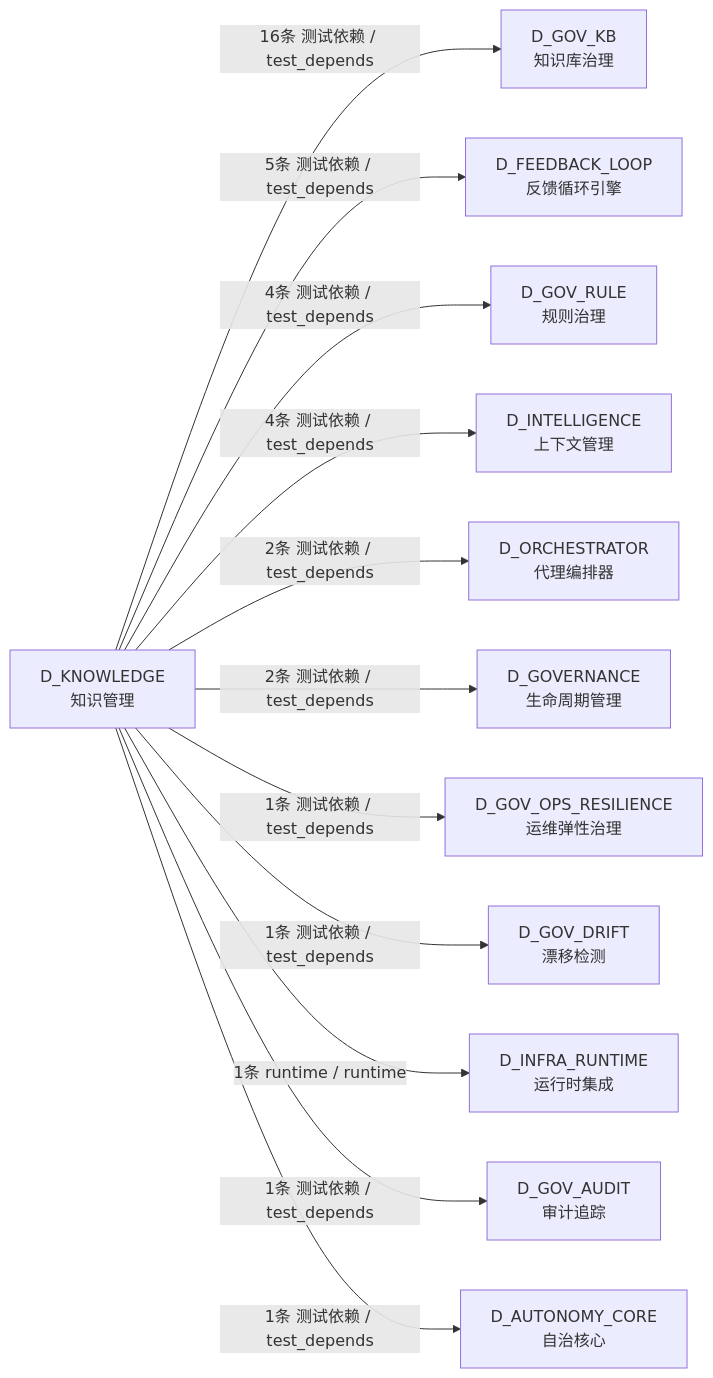
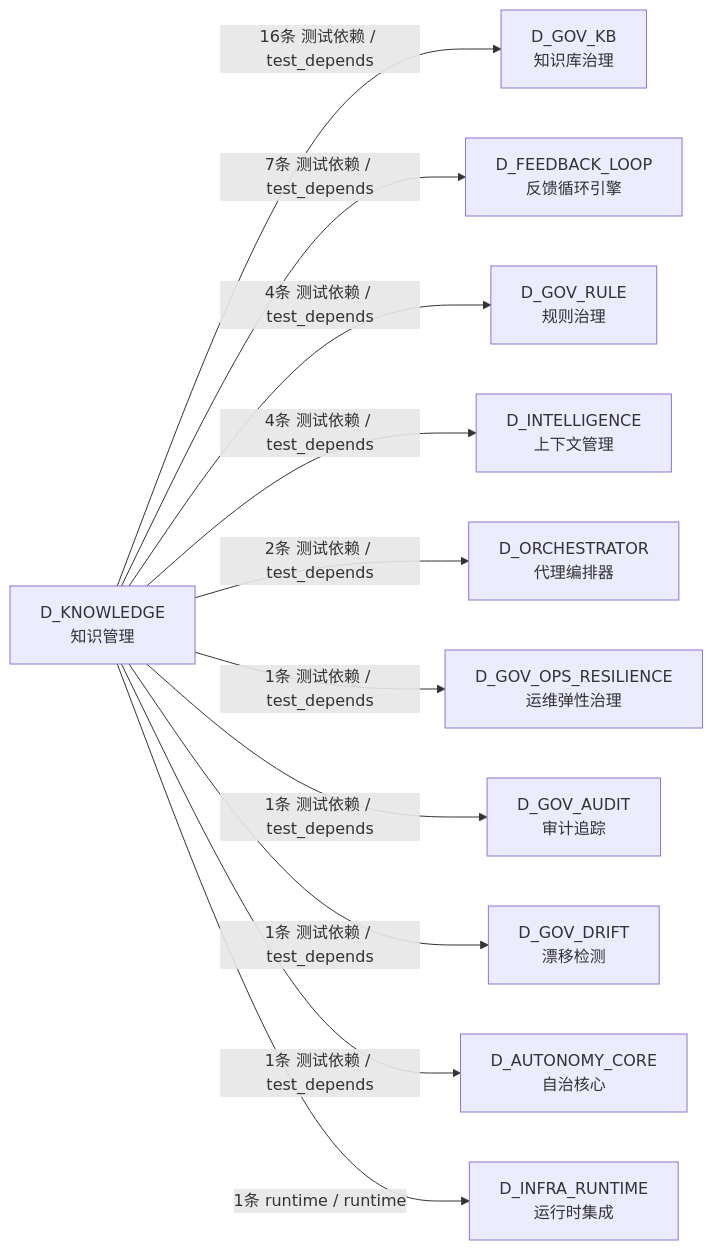
One commit to xuanFelixVan/ZephyrAlpha changed the fifth of 5 diagrams in docs/02_enterprise_architecture/02_domain_architecture_docs/46_d_knowledge.md. Above: the diagram before and after it, drawn with Mermaid. The commit also changed other lines of this file and 122 other files, not shown here.

````diff
--- a/docs/02_enterprise_architecture/02_domain_architecture_docs/46_d_knowledge.md
+++ b/docs/02_enterprise_architecture/02_domain_architecture_docs/46_d_knowledge.md
@@ -378,26 +375,24 @@
 ```mermaid
 graph LR
     D_KNOWLEDGE["D_KNOWLEDGE<br/>知识管理"]
     D_GOV_KB["D_GOV_KB<br/>知识库治理"]
     D_FEEDBACK_LOOP["D_FEEDBACK_LOOP<br/>反馈循环引擎"]
     D_GOV_RULE["D_GOV_RULE<br/>规则治理"]
     D_INTELLIGENCE["D_INTELLIGENCE<br/>上下文管理"]
     D_ORCHESTRATOR["D_ORCHESTRATOR<br/>代理编排器"]
-    D_GOVERNANCE["D_GOVERNANCE<br/>生命周期管理"]
     D_GOV_OPS_RESILIENCE["D_GOV_OPS_RESILIENCE<br/>运维弹性治理"]
+    D_GOV_AUDIT["D_GOV_AUDIT<br/>审计追踪"]
     D_GOV_DRIFT["D_GOV_DRIFT<br/>漂移检测"]
+    D_AUTONOMY_CORE["D_AUTONOMY_CORE<br/>自治核心"]
     D_INFRA_RUNTIME["D_INFRA_RUNTIME<br/>运行时集成"]
-    D_GOV_AUDIT["D_GOV_AUDIT<br/>审计追踪"]
-    D_AUTONOMY_CORE["D_AUTONOMY_CORE<br/>自治核心"]
     D_KNOWLEDGE -->|16条 测试依赖 / test_depends| D_GOV_KB
-    D_KNOWLEDGE -->|5条 测试依赖 / test_depends| D_FEEDBACK_LOOP
+    D_KNOWLEDGE -->|7条 测试依赖 / test_depends| D_FEEDBACK_LOOP
     D_KNOWLEDGE -->|4条 测试依赖 / test_depends| D_GOV_RULE
     D_KNOWLEDGE -->|4条 测试依赖 / test_depends| D_INTELLIGENCE
     D_KNOWLEDGE -->|2条 测试依赖 / test_depends| D_ORCHESTRATOR
-    D_KNOWLEDGE -->|2条 测试依赖 / test_depends| D_GOVERNANCE
     D_KNOWLEDGE -->|1条 测试依赖 / test_depends| D_GOV_OPS_RESILIENCE
+    D_KNOWLEDGE -->|1条 测试依赖 / test_depends| D_GOV_AUDIT
     D_KNOWLEDGE -->|1条 测试依赖 / test_depends| D_GOV_DRIFT
+    D_KNOWLEDGE -->|1条 测试依赖 / test_depends| D_AUTONOMY_CORE
     D_KNOWLEDGE -->|1条 runtime / runtime| D_INFRA_RUNTIME
-    D_KNOWLEDGE -->|1条 测试依赖 / test_depends| D_GOV_AUDIT
-    D_KNOWLEDGE -->|1条 测试依赖 / test_depends| D_AUTONOMY_CORE
 ```
````
